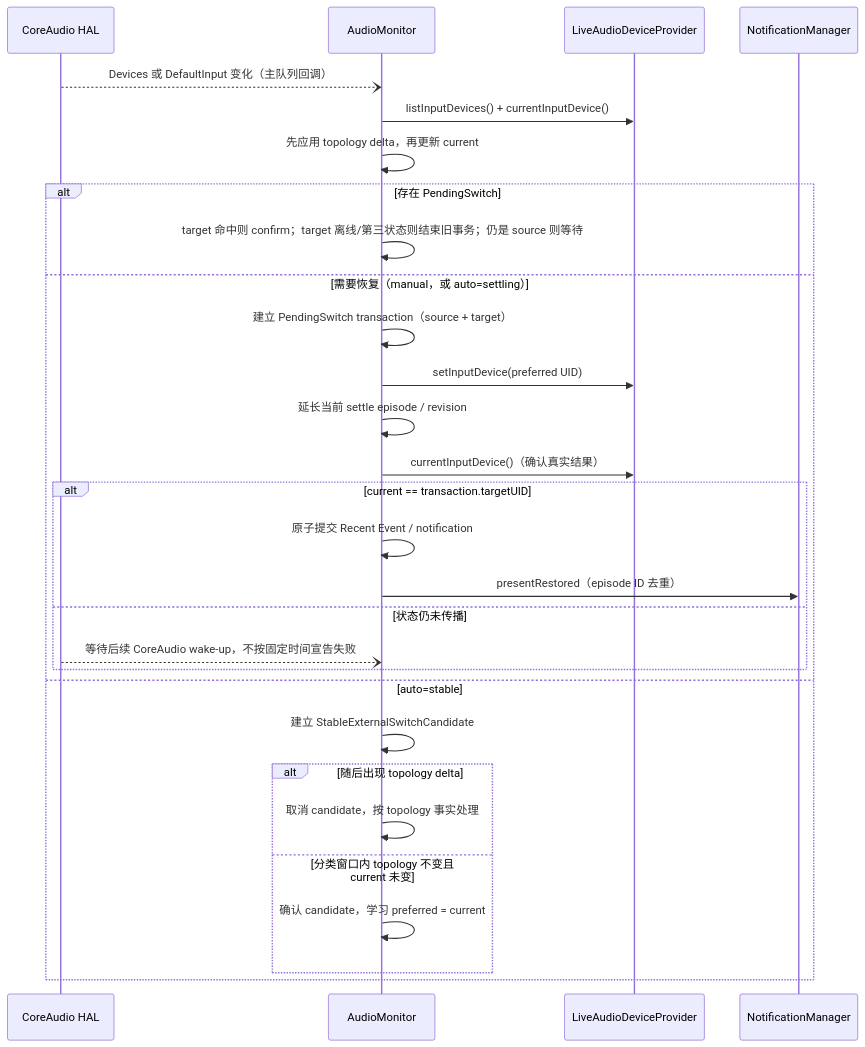
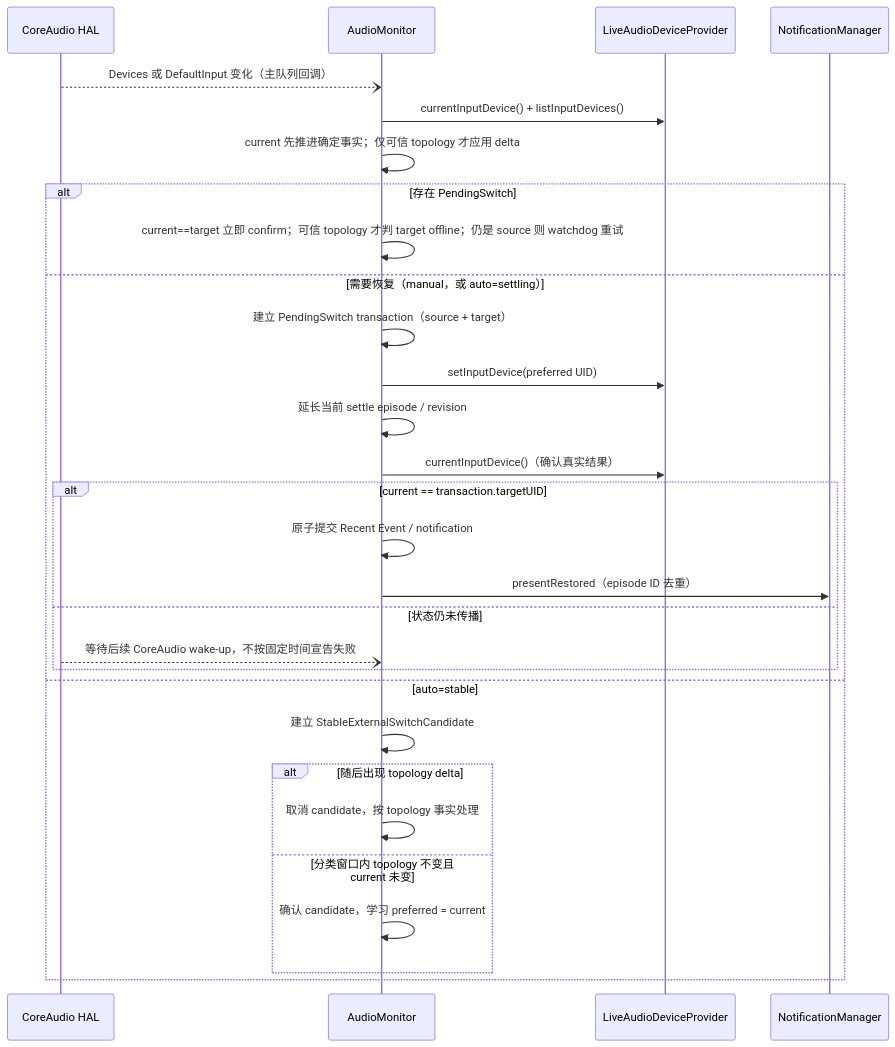
One commit to Forgo7ten/MicLock changed the second of 2 diagrams in docs/architecture.md. Above: the diagram before and after it, drawn with Mermaid. The commit also changed other lines of this file and 2 other files, not shown here.

````diff
--- a/docs/architecture.md
+++ b/docs/architecture.md
@@ -97,32 +97,32 @@
 ```mermaid
 sequenceDiagram
     participant HAL as CoreAudio HAL
     participant AM as AudioMonitor
     participant P as LiveAudioDeviceProvider
     participant N as NotificationManager
 
     HAL--)AM: Devices 或 DefaultInput 变化（主队列回调）
-    AM->>P: listInputDevices() + currentInputDevice()
-    AM->>AM: 先应用 topology delta，再更新 current
+    AM->>P: currentInputDevice() + listInputDevices()
+    AM->>AM: current 先推进确定事实；仅可信 topology 才应用 delta
     alt 存在 PendingSwitch
-        AM->>AM: target 命中则 confirm；target 离线/第三状态则结束旧事务；仍是 source 则等待
+        AM->>AM: current==target 立即 confirm；可信 topology 才判 target offline；仍是 source 则 watchdog 重试
     else 需要恢复（manual，或 auto=settling）
         AM->>AM: 建立 PendingSwitch transaction（source + target）
         AM->>P: setInputDevice(preferred UID)
         AM->>AM: 延长当前 settle episode / revision
         AM->>P: currentInputDevice()（确认真实结果）
         alt current == transaction.targetUID
             AM->>AM: 原子提交 Recent Event / notification
             AM->>N: presentRestored（episode ID 去重）
         else 状态仍未传播
             HAL--)AM: 等待后续 CoreAudio wake-up，不按固定时间宣告失败
         end
     else auto=stable
         AM->>AM: 建立 StableExternalSwitchCandidate
         alt 随后出现 topology delta
             AM->>AM: 取消 candidate，按 topology 事实处理
         else 分类窗口内 topology 不变且 current 未变
             AM->>AM: 确认 candidate，学习 preferred = current
         end
     end
 ```
````
